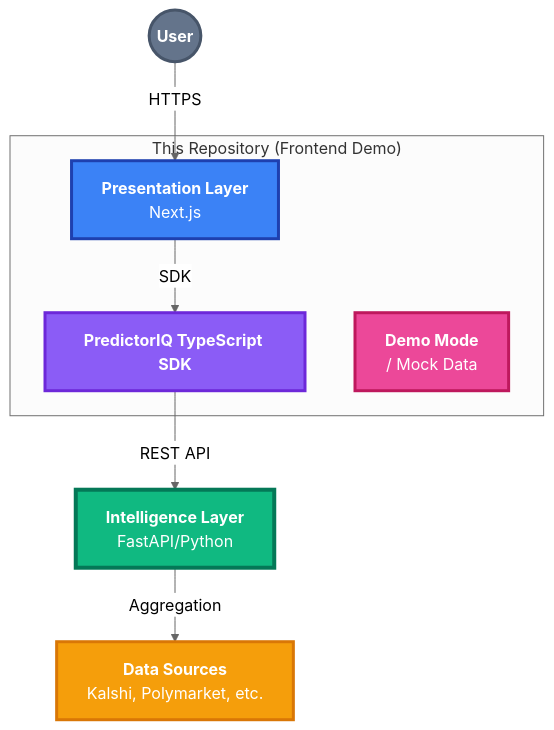
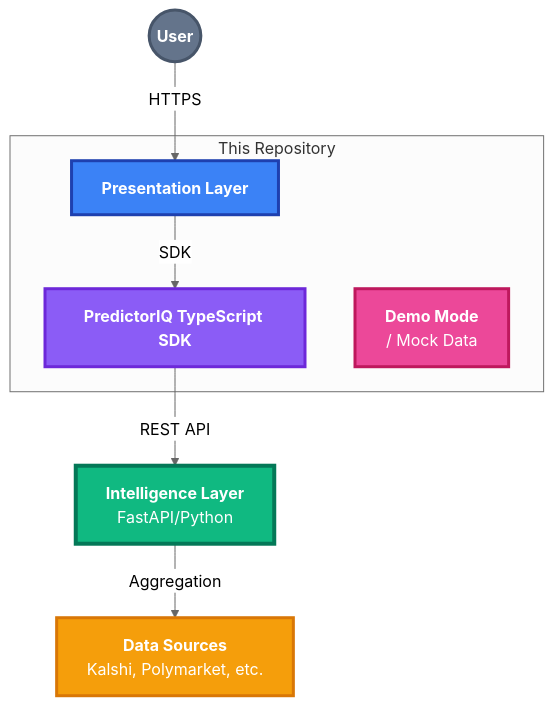
One commit to nelsonjingusc/predictoriq-demo changed the first of 4 diagrams in docs/ARCHITECTURE_OVERVIEW.md. Above: the diagram before and after it, drawn with Mermaid (neutral theme). The commit also changed 1 other file, not shown here.

Commit message:
update architecture diagram

````diff
--- a/docs/ARCHITECTURE_OVERVIEW.md
+++ b/docs/ARCHITECTURE_OVERVIEW.md
@@ -9,20 +9,20 @@
 ```mermaid
 graph TD
-    User((<b>User</b>)) -->|HTTPS| Presentation["<b>Presentation Layer</b><br/>Next.js"]
+    User((<b>User</b>)) -->|HTTPS| Presentation["<b>Presentation Layer</b>"]
     Presentation -->|SDK| SDK["<b>PredictorIQ TypeScript SDK</b>"]
     SDK -->|REST API| Intelligence["<b>Intelligence Layer</b><br/>FastAPI/Python"]
     Intelligence -->|Aggregation| Sources["<b>Data Sources</b><br/>Kalshi, Polymarket, etc."]
     
-    subgraph "This Repository (Frontend Demo)"
+    subgraph "This Repository"
         Presentation
         SDK
         DemoMode["<b>Demo Mode</b><br/>/ Mock Data"]
     end
     
     style User fill:#64748B,stroke:#475569,stroke-width:3px,color:#FFFFFF
     style Presentation fill:#3B82F6,stroke:#1E40AF,stroke-width:3px,color:#FFFFFF
     style SDK fill:#8B5CF6,stroke:#6D28D9,stroke-width:3px,color:#FFFFFF
     style Intelligence fill:#10B981,stroke:#047857,stroke-width:4px,color:#FFFFFF
     style Sources fill:#F59E0B,stroke:#D97706,stroke-width:3px,color:#FFFFFF
     style DemoMode fill:#EC4899,stroke:#BE185D,stroke-width:3px,color:#FFFFFF
 ```
````
